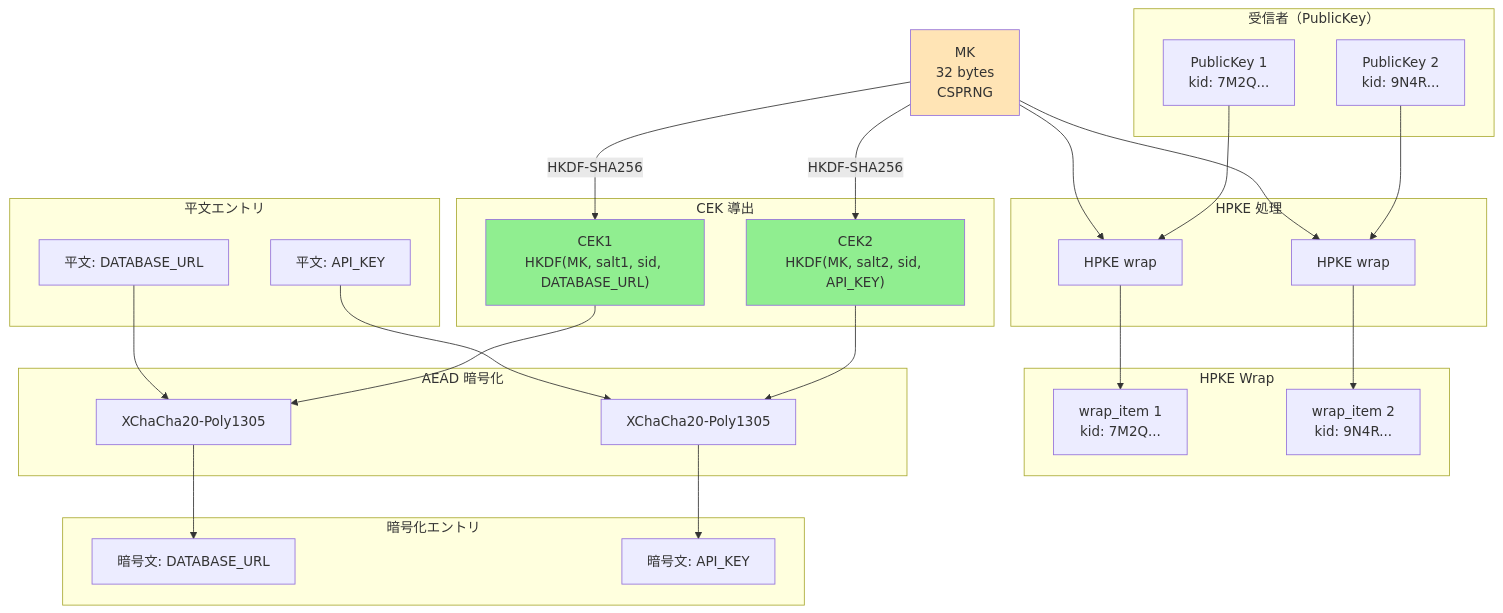
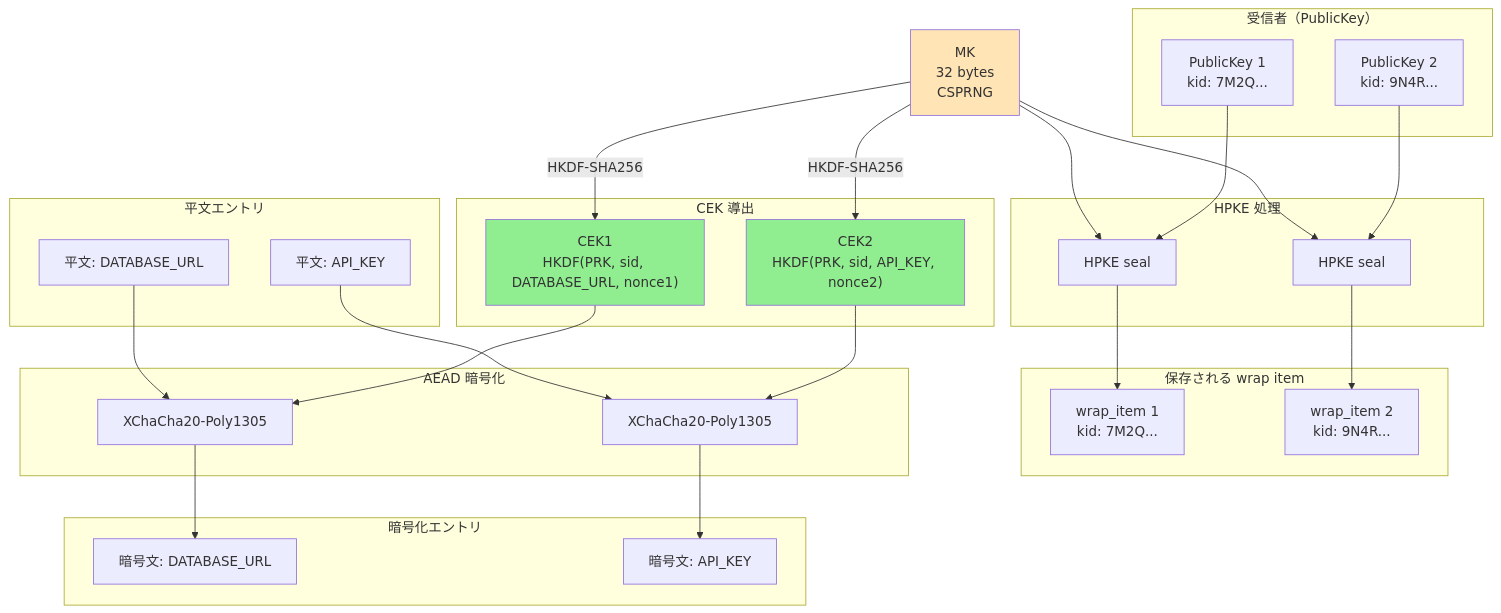
One commit to ebisawa/kapsaro changed the fourth of 6 diagrams in guides/security_design_ja.md. Above: the diagram before and after it, drawn with Mermaid. The commit also changed other lines of this file and 271 other files, not shown here.

````diff
--- a/guides/security_design_ja.md
+++ b/guides/security_design_ja.md
@@ -909,58 +880,58 @@
 ```mermaid
 graph TB
     subgraph recipients["受信者（PublicKey）"]
         PK1["PublicKey 1<br/>kid: 7M2Q..."]
         PK2["PublicKey 2<br/>kid: 9N4R..."]
     end
 
     subgraph hpke["HPKE 処理"]
-        HPKE1[HPKE wrap]
-        HPKE2[HPKE wrap]
+        HPKE1[HPKE seal]
+        HPKE2[HPKE seal]
     end
 
-    subgraph wrap["HPKE Wrap"]
+    subgraph wrap["保存される wrap item"]
         W1["wrap_item 1<br/>kid: 7M2Q..."]
         W2["wrap_item 2<br/>kid: 9N4R..."]
     end
 
     MK["MK<br/>32 bytes<br/>CSPRNG"]
 
     subgraph cek["CEK 導出"]
-        CEK1["CEK1<br/>HKDF(MK, salt1, sid, DATABASE_URL)"]
-        CEK2["CEK2<br/>HKDF(MK, salt2, sid, API_KEY)"]
+        CEK1["CEK1<br/>HKDF(PRK, sid, DATABASE_URL, nonce1)"]
+        CEK2["CEK2<br/>HKDF(PRK, sid, API_KEY, nonce2)"]
     end
 
     subgraph p_entries["平文エントリ"]
         PE1["平文: DATABASE_URL"]
         PE2["平文: API_KEY"]
     end
 
     subgraph aead["AEAD 暗号化"]
         AEAD1[XChaCha20-Poly1305]
         AEAD2[XChaCha20-Poly1305]
     end
 
     subgraph entries["暗号化エントリ"]
         E1["暗号文: DATABASE_URL"]
         E2["暗号文: API_KEY"]
     end
 
     PK1 --> HPKE1
     MK --> HPKE1
     HPKE1 --> W1
     PK2 --> HPKE2
     MK --> HPKE2
     HPKE2 --> W2
     MK -->|HKDF-SHA256| CEK1
     MK -->|HKDF-SHA256| CEK2
     CEK1 --> AEAD1
     PE1 --> AEAD1
     AEAD1 --> E1
     CEK2 --> AEAD2
     PE2 --> AEAD2
     AEAD2 --> E2
 
     style MK fill:#FFE4B5
     style CEK1 fill:#90EE90
     style CEK2 fill:#90EE90
 ```
````
